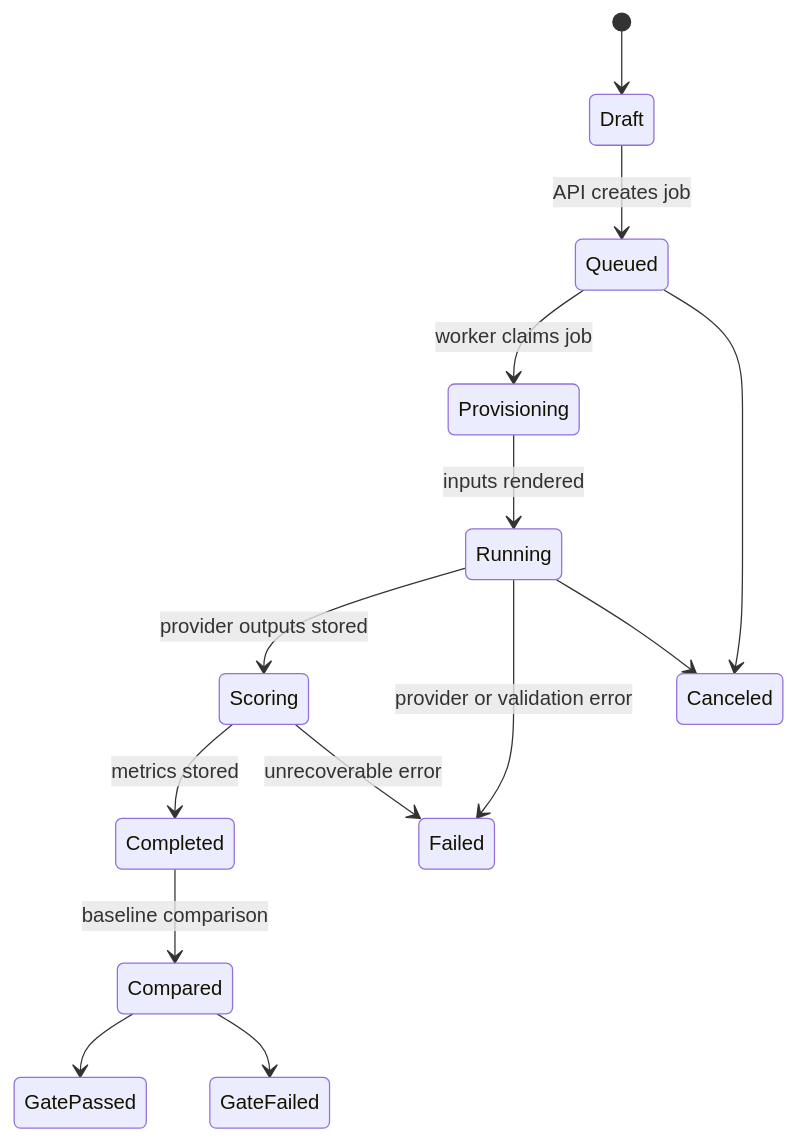
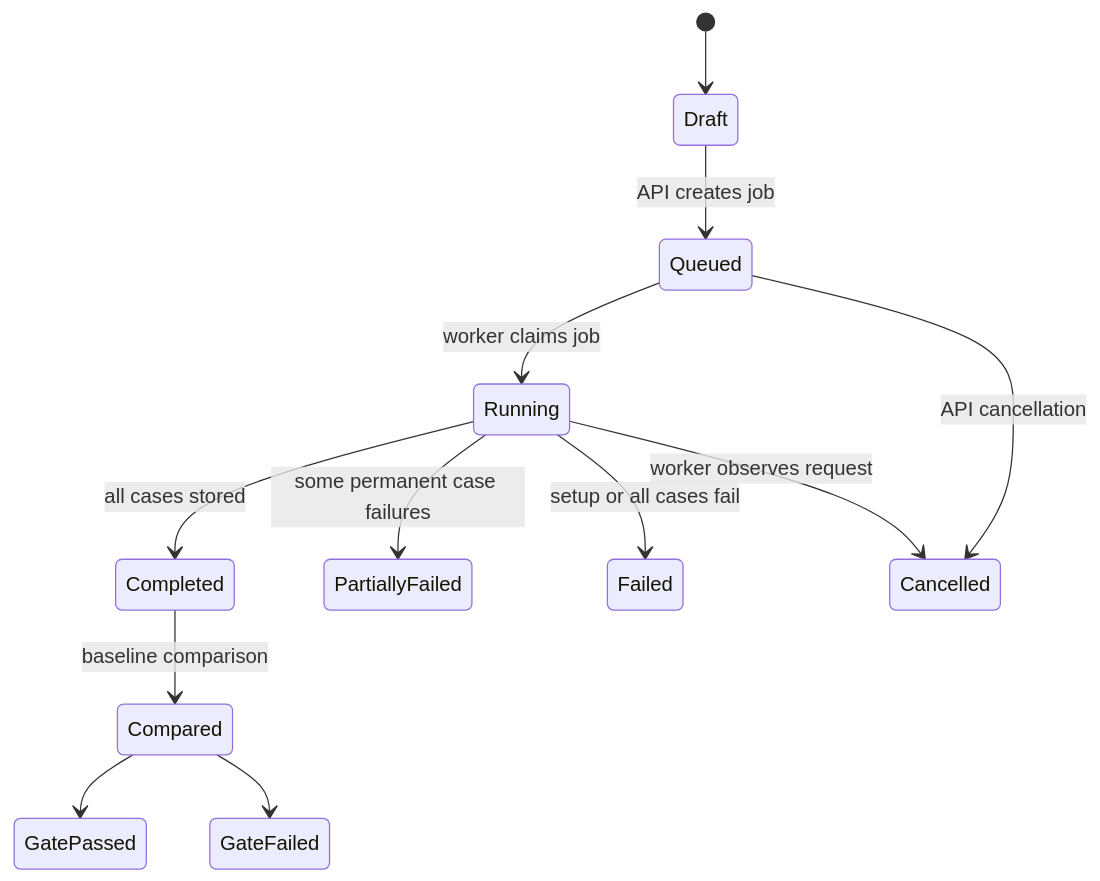
The second of 2 diagrams in docs/architecture.md (AykhanAhmadli/EvalForge), drawn with Mermaid before and after one commit. The commit also changed other lines of this file and 23 other files, not shown here.

````diff
--- a/docs/architecture.md
+++ b/docs/architecture.md
@@ -81,16 +83,14 @@
 ```mermaid
 stateDiagram-v2
   [*] --> Draft
   Draft --> Queued: API creates job
-  Queued --> Provisioning: worker claims job
-  Provisioning --> Running: inputs rendered
-  Running --> Scoring: provider outputs stored
-  Scoring --> Completed: metrics stored
-  Scoring --> Failed: unrecoverable error
-  Running --> Failed: provider or validation error
-  Queued --> Canceled
-  Running --> Canceled
+  Queued --> Running: worker claims job
+  Running --> Completed: all cases stored
+  Running --> PartiallyFailed: some permanent case failures
+  Running --> Failed: setup or all cases fail
+  Queued --> Cancelled: API cancellation
+  Running --> Cancelled: worker observes request
   Completed --> Compared: baseline comparison
   Compared --> GatePassed
   Compared --> GateFailed
 ```
````
